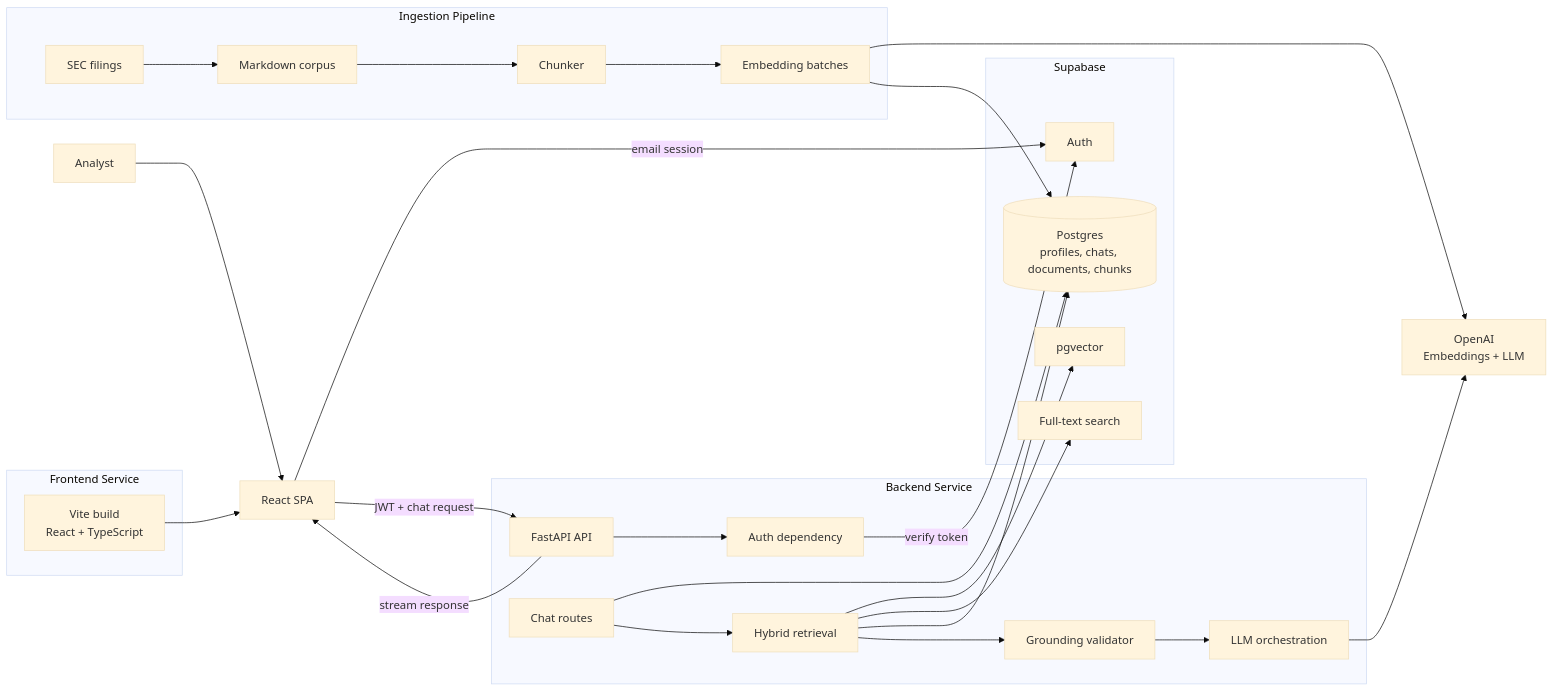
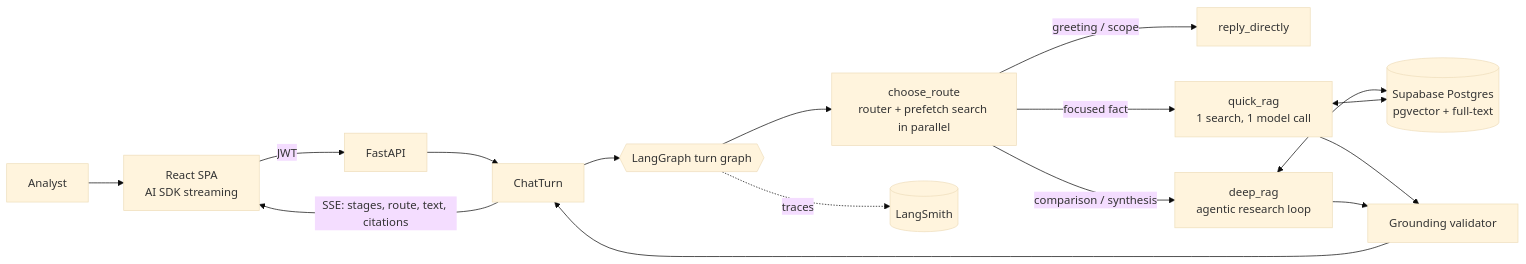
One commit to Shmy1234/SEC-Document-Copilot changed the diagram in README.md. Above: the diagram before and after it, drawn with Mermaid (base theme). The commit also changed other lines of this file and 13 other files, not shown here.

First line of the commit message:
docs: recruiter-ready README, LangSmith evals, demo video and screenshots

````diff
--- a/README.md
+++ b/README.md
@@ -45,54 +59,17 @@
 ```mermaid
 flowchart LR
-    user[Analyst] --> browser[React SPA]
-
-    subgraph frontend[Frontend Service]
-        app[Vite build<br/>React + TypeScript]
-    end
-
-    subgraph backend[Backend Service]
-        api[FastAPI API]
-        authz[Auth dependency]
-        chat[Chat routes]
-        retrieval[Hybrid retrieval]
-        grounding[Grounding validator]
-        assistant[LLM orchestration]
-    end
-
-    subgraph supabase[Supabase]
-        auth[Auth]
-        db[(Postgres<br/>profiles, chats, documents, chunks)]
-        vector[pgvector]
-        fts[Full-text search]
-    end
-
-    subgraph ingestion[Ingestion Pipeline]
-        filings[SEC filings]
-        markdown[Markdown corpus]
-        chunks[Chunker]
-        embed[Embedding batches]
-    end
-
-    openai[OpenAI<br/>Embeddings + LLM]
-
-    app --> browser
-    browser -->|email session| auth
-    browser -->|JWT + chat request| api
-    api --> authz
-    authz -->|verify token| auth
-    chat --> db
-    chat --> retrieval
-    retrieval --> vector
-    retrieval --> fts
-    retrieval --> db
-    retrieval --> grounding
-    grounding --> assistant
-    assistant --> openai
-    api -->|stream response| browser
-
-    filings --> markdown
-    markdown --> chunks
-    chunks --> embed
-    embed --> openai
-    embed --> db
+    U[Analyst] --> FE[React SPA<br/>AI SDK streaming]
+    FE -->|JWT| API[FastAPI]
+    API --> T[ChatTurn]
+    T --> G{{LangGraph turn graph}}
+    G --> R[choose_route<br/>router + prefetch search in parallel]
+    R -->|greeting / scope| D[reply_directly]
+    R -->|focused fact| Q[quick_rag<br/>1 search, 1 model call]
+    R -->|comparison / synthesis| A[deep_rag<br/>agentic research loop]
+    Q & A --> V[Grounding validator]
+    V --> T
+    T -->|SSE: stages, route, text, citations| FE
+    A <--> S[(Supabase Postgres<br/>pgvector + full-text)]
+    Q <--> S
+    G -.traces.-> LS[(LangSmith)]
 ```
````
